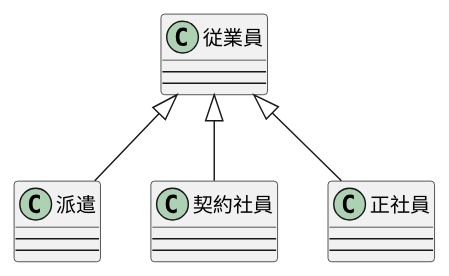
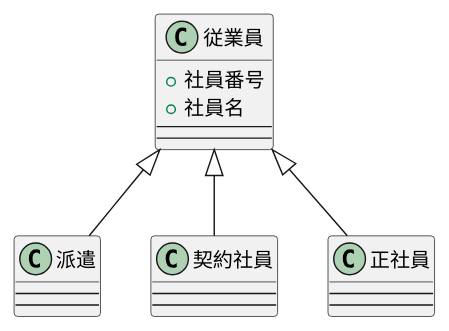
The diagram in 演習3-1_CL_雇用形態.pu (krij9319/uml-introduction), drawn with PlantUML before and after one commit.

Commit message:
演習3-1の修正

```diff
--- a/演習3-1_CL_雇用形態.pu
+++ b/演習3-1_CL_雇用形態.pu
@@ -1,22 +1,24 @@
 @startuml 演習3-1
     top to bottom direction
     class 従業員{
+    + 社員番号
+    + 社員名
     ---
     ---
     }
     class 派遣{
     ---
     ---
     }
     class 契約社員{
     ---
     ---
     }
     class 正社員{
     ---
     ---
     }
     従業員 <|-- 派遣
     従業員 <|-- 契約社員
     従業員 <|-- 正社員
 @enduml
```
